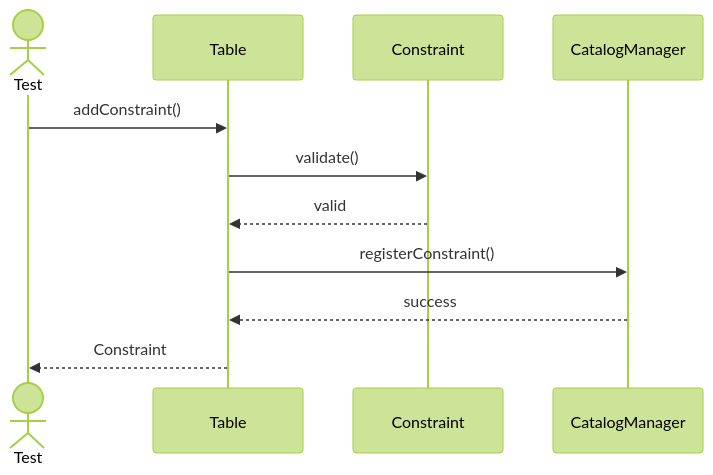
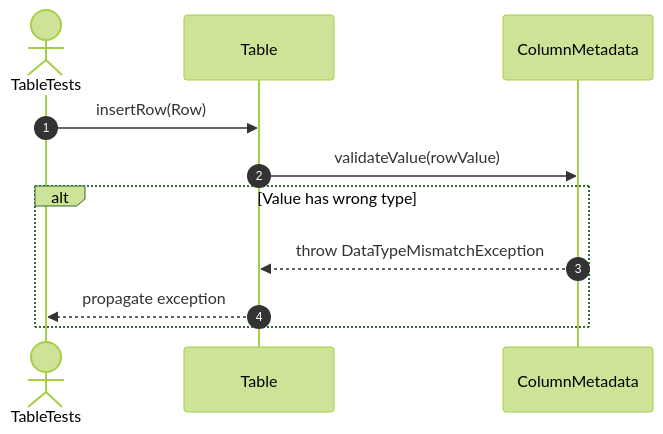
One commit to FhuAnn/-bbv-AN-s-DBMS changed the ninth of 20 diagrams in src/tests/unit/metadata/sequences/tables-testing.se.md. Above: the diagram before and after it, drawn with Mermaid (forest theme). The commit also changed other lines of this file and 60 other files, not shown here.

Commit message:
refactor data table, row, column, constraint, index test file

````diff
--- a/src/tests/unit/metadata/sequences/tables-testing.se.md
+++ b/src/tests/unit/metadata/sequences/tables-testing.se.md
@@ -173,19 +162,15 @@
 ```mermaid
 sequenceDiagram
-actor Test
-participant Table
-participant Constraint
-participant CatalogManager
+    autonumber
+    actor Test as TableTests
+    participant Table as Table
+    participant Column as ColumnMetadata
 
-Test->>Table: addConstraint()
+    Test->>Table: insertRow(Row)
+    Table->>Column: validateValue(rowValue)
 
-Table->>Constraint: validate()
-
-Constraint-->>Table: valid
-
-Table->>CatalogManager: registerConstraint()
-
-CatalogManager-->>Table: success
-
-Table-->>Test: Constraint
+    alt Value has wrong type
+        Column-->>Table: throw DataTypeMismatchException
+        Table-->>Test: propagate exception
+    end
 ```
````
